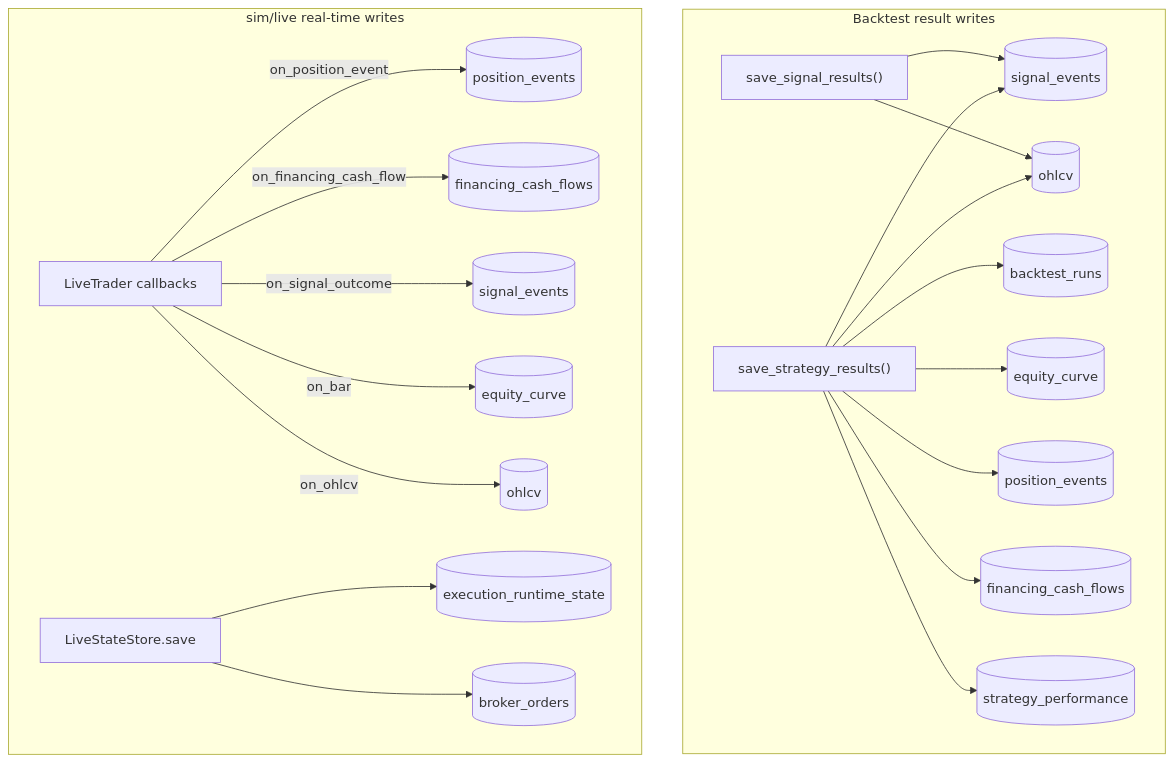
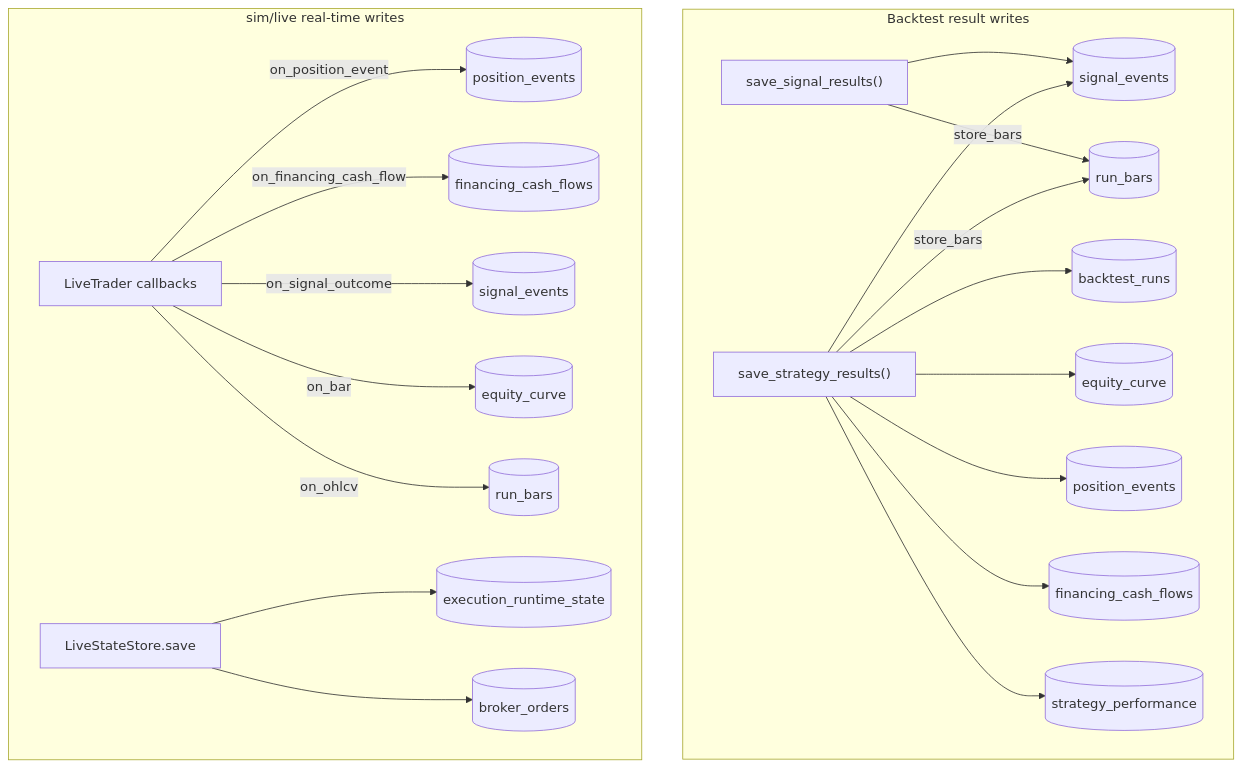
The diagram in architecture.md (awwesomeman/librae), drawn with Mermaid before and after one commit. The commit also changed other lines of this file and 29 other files, not shown here.

````diff
--- a/architecture.md
+++ b/architecture.md
@@ -750,25 +764,25 @@
 ```mermaid
 flowchart TD
     subgraph backtest["Backtest result writes"]
         save_signal["save_signal_results()"] --> b_signal_events[("signal_events")]
-        save_signal --> b_ohlcv[("ohlcv")]
+        save_signal -- store_bars --> b_run_bars[("run_bars")]
 
         save_strategy["save_strategy_results()"] --> b_backtest_runs[("backtest_runs")]
         save_strategy --> b_equity_curve[("equity_curve")]
         save_strategy --> b_position_events[("position_events")]
         save_strategy --> b_funding[("financing_cash_flows")]
         save_strategy --> b_strategy_perf[("strategy_performance")]
         save_strategy --> b_signal_events
-        save_strategy --> b_ohlcv
+        save_strategy -- store_bars --> b_run_bars
     end
 
     subgraph live["sim/live real-time writes"]
         callbacks["LiveTrader callbacks"] -- on_position_event --> l_position_events[("position_events")]
         callbacks -- on_financing_cash_flow --> l_funding[("financing_cash_flows")]
         callbacks -- on_signal_outcome --> l_signal_events[("signal_events")]
         callbacks -- on_bar --> l_equity_curve[("equity_curve")]
-        callbacks -- on_ohlcv --> l_ohlcv[("ohlcv")]
+        callbacks -- on_ohlcv --> l_run_bars[("run_bars")]
         checkpoint["LiveStateStore.save"] --> l_runtime[("execution_runtime_state")]
         checkpoint --> l_orders[("broker_orders")]
     end
 ```
````
